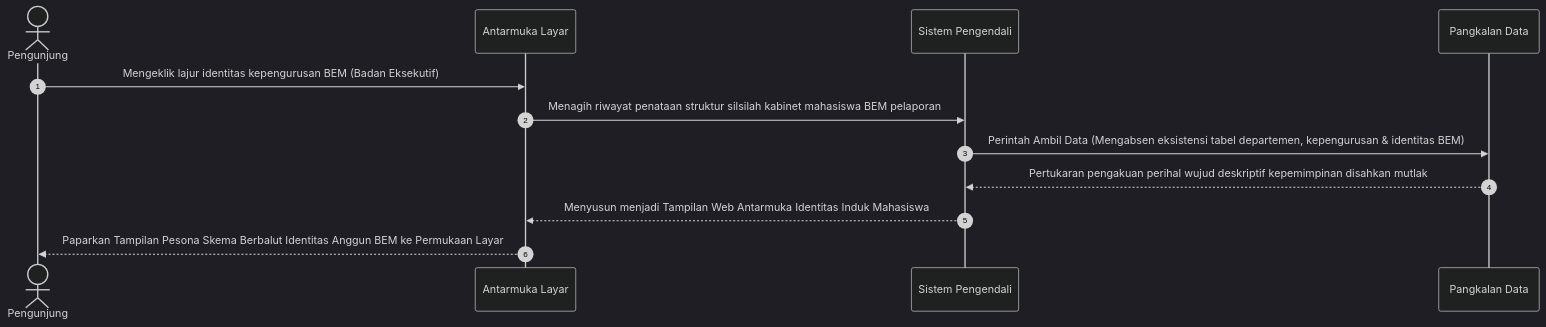
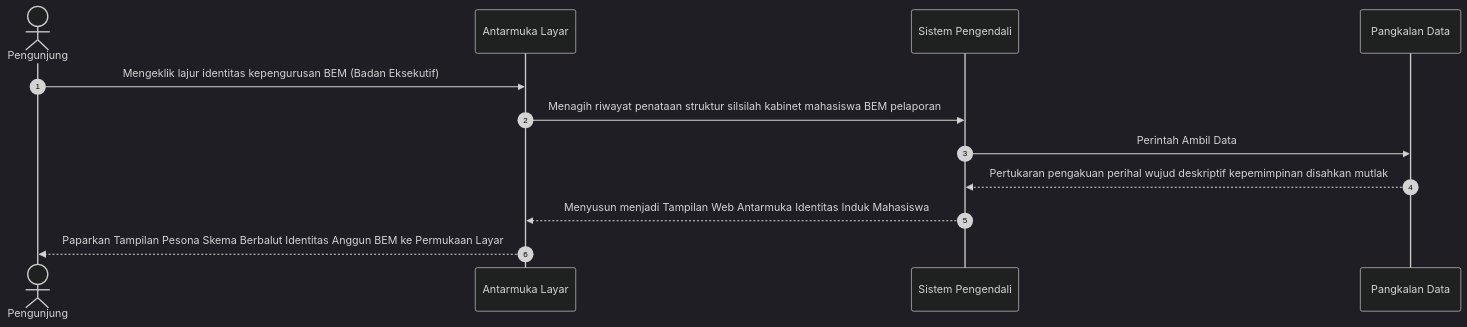
Diagram 19 of 39 in docs/02_DIAGRAM_URUTAN_SEQUENCE.md (arbain-dev/Web_fikom), drawn with Mermaid (dark theme) before and after one commit. The commit also changed other lines of this file, not shown here.

````diff
--- a/docs/02_DIAGRAM_URUTAN_SEQUENCE.md
+++ b/docs/02_DIAGRAM_URUTAN_SEQUENCE.md
@@ -451,17 +451,17 @@
 ```mermaid
 sequenceDiagram
     autonumber
     actor User as Pengunjung
     participant Frontend as Antarmuka Layar
     participant Backend as Sistem Pengendali
     participant Database as Pangkalan Data
 
     User->>Frontend: Mengeklik lajur identitas kepengurusan BEM (Badan Eksekutif)
     Frontend->>Backend: Menagih riwayat penataan struktur silsilah kabinet mahasiswa BEM pelaporan 
     
-    Backend->>Database: Perintah Ambil Data (Mengabsen eksistensi tabel departemen, kepengurusan & identitas BEM)
+    Backend->>Database: Perintah Ambil Data
     Database-->>Backend: Pertukaran pengakuan perihal wujud deskriptif kepemimpinan disahkan mutlak
     
     Backend-->>Frontend: Menyusun menjadi Tampilan Web Antarmuka Identitas Induk Mahasiswa
     Frontend-->>User: Paparkan Tampilan Pesona Skema Berbalut Identitas Anggun BEM ke Permukaan Layar
 ```
````
